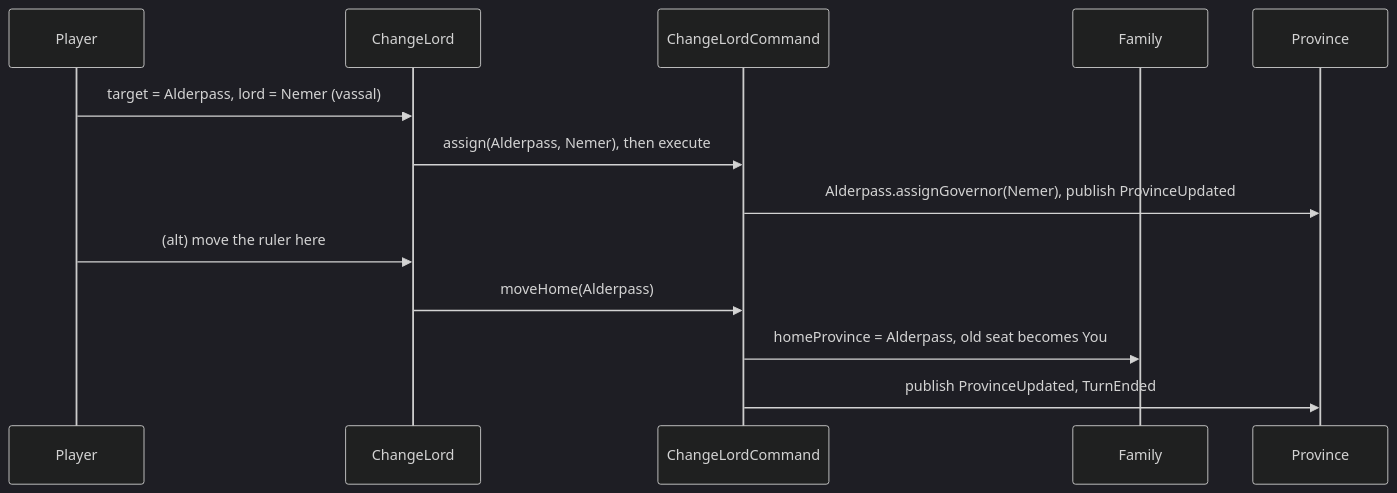
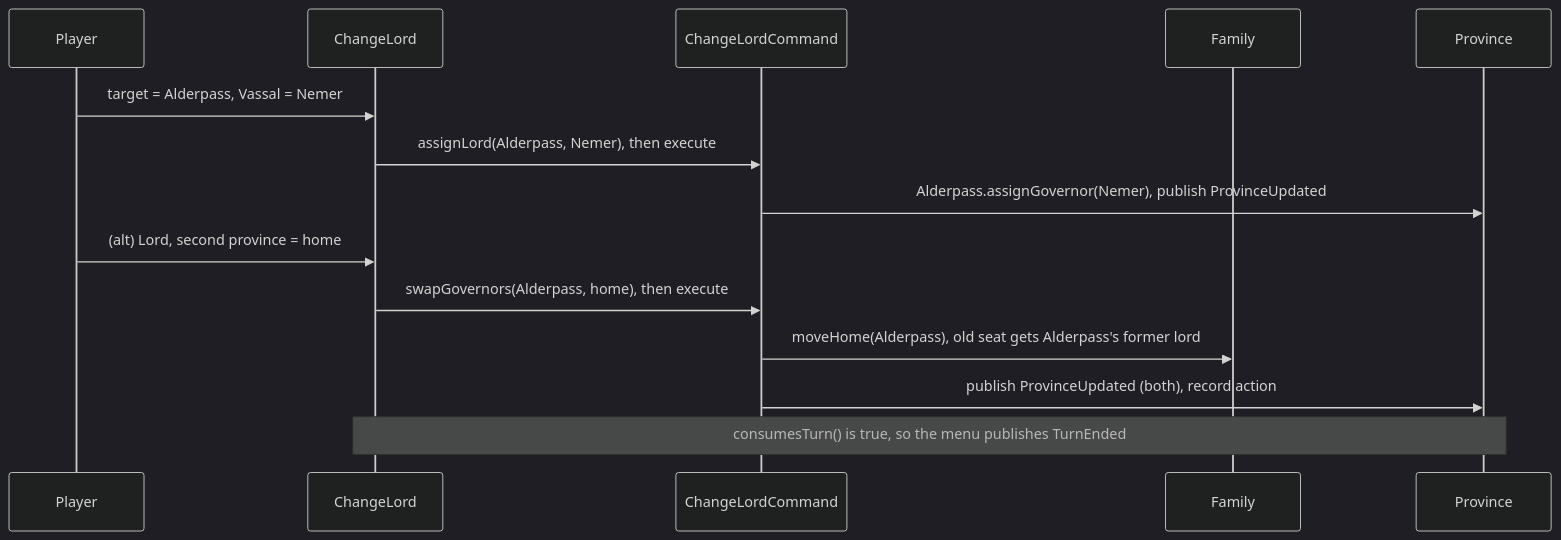
Before and after one commit to pslotinsky/kunstkamera: the third of 3 diagrams in gemstorm/docs/design/04-generals-and-lords.md, drawn with Mermaid (dark theme). The commit also changed other lines of this file and 19 other files, not shown here.

````diff
--- a/gemstorm/docs/design/04-generals-and-lords.md
+++ b/gemstorm/docs/design/04-generals-and-lords.md
@@ -102,15 +114,16 @@
 ```mermaid
 sequenceDiagram
   participant Player
   participant Dialog as ChangeLord
   participant Command as ChangeLordCommand
   participant Family
   participant Province
-  Player->>Dialog: target = Alderpass, lord = Nemer (vassal)
-  Dialog->>Command: assign(Alderpass, Nemer), then execute
+  Player->>Dialog: target = Alderpass, Vassal = Nemer
+  Dialog->>Command: assignLord(Alderpass, Nemer), then execute
   Command->>Province: Alderpass.assignGovernor(Nemer), publish ProvinceUpdated
-  Player->>Dialog: (alt) move the ruler here
-  Dialog->>Command: moveHome(Alderpass)
-  Command->>Family: homeProvince = Alderpass, old seat becomes You
-  Command->>Province: publish ProvinceUpdated, TurnEnded
+  Player->>Dialog: (alt) Lord, second province = home
+  Dialog->>Command: swapGovernors(Alderpass, home), then execute
+  Command->>Family: moveHome(Alderpass), old seat gets Alderpass's former lord
+  Command->>Province: publish ProvinceUpdated (both), record action
+  Note over Dialog,Province: consumesTurn() is true, so the menu publishes TurnEnded
 ```
````
